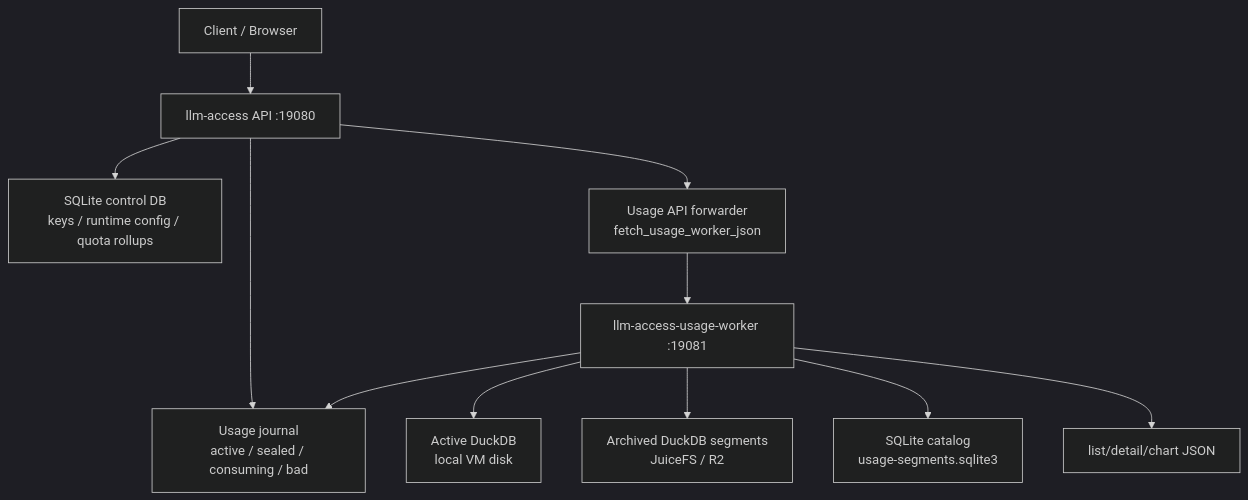
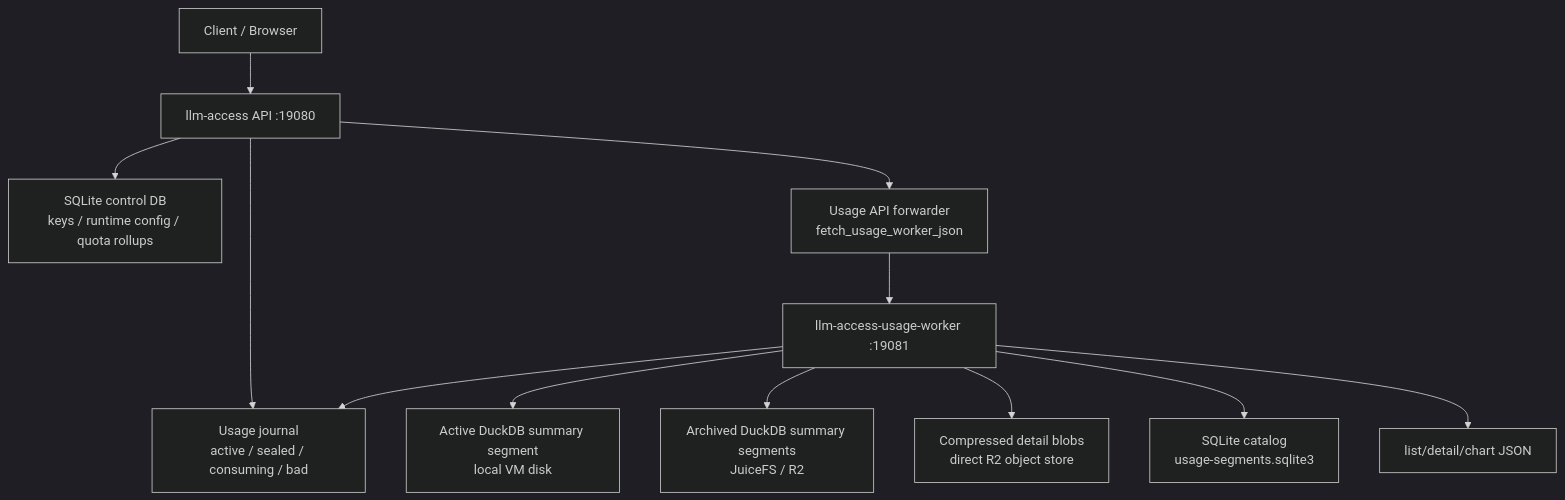
The diagram in docs/llm-access-tiered-usage-analytics.md (baisuipingan/static_flow), drawn with Mermaid (dark theme) before and after one commit. The commit also changed other lines of this file and 6 other files, not shown here.

````diff
--- a/docs/llm-access-tiered-usage-analytics.md
+++ b/docs/llm-access-tiered-usage-analytics.md
@@ -80,15 +87,16 @@
 ```mermaid
 flowchart TD
     Client["Client / Browser"] --> Api["llm-access API :19080"]
     Api --> Control["SQLite control DB<br/>keys / runtime config / quota rollups"]
     Api --> Journal["Usage journal<br/>active / sealed / consuming / bad"]
     Api --> Forward["Usage API forwarder<br/>fetch_usage_worker_json"]
 
     Worker["llm-access-usage-worker :19081"] --> Journal
-    Worker --> Active["Active DuckDB<br/>local VM disk"]
-    Worker --> Archive["Archived DuckDB segments<br/>JuiceFS / R2"]
+    Worker --> Active["Active DuckDB summary segment<br/>local VM disk"]
+    Worker --> Archive["Archived DuckDB summary segments<br/>JuiceFS / R2"]
+    Worker --> Details["Compressed detail blobs<br/>direct R2 object store"]
     Worker --> Catalog["SQLite catalog<br/>usage-segments.sqlite3"]
 
     Forward --> Worker
     Worker --> PublicUsage["list/detail/chart JSON"]
 ```
````
